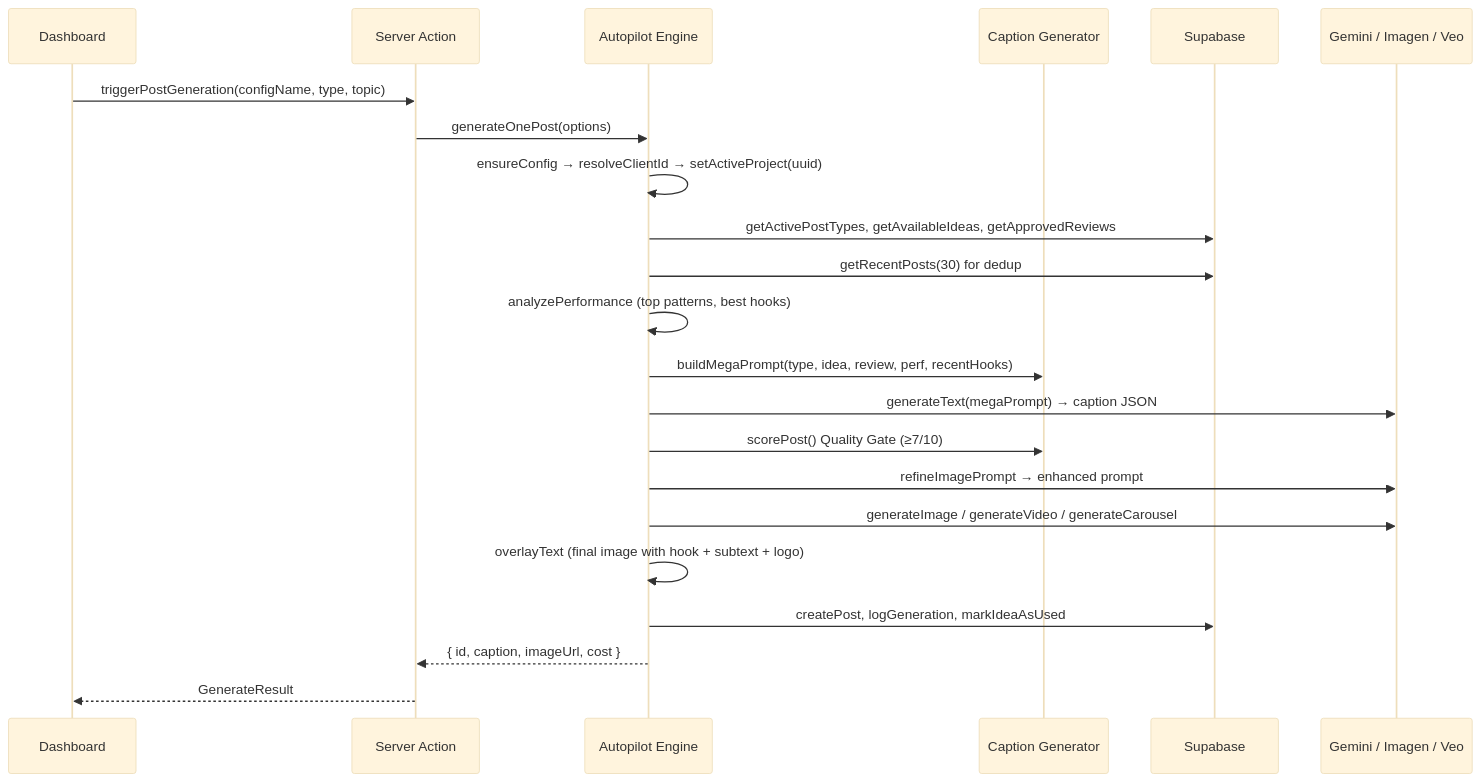
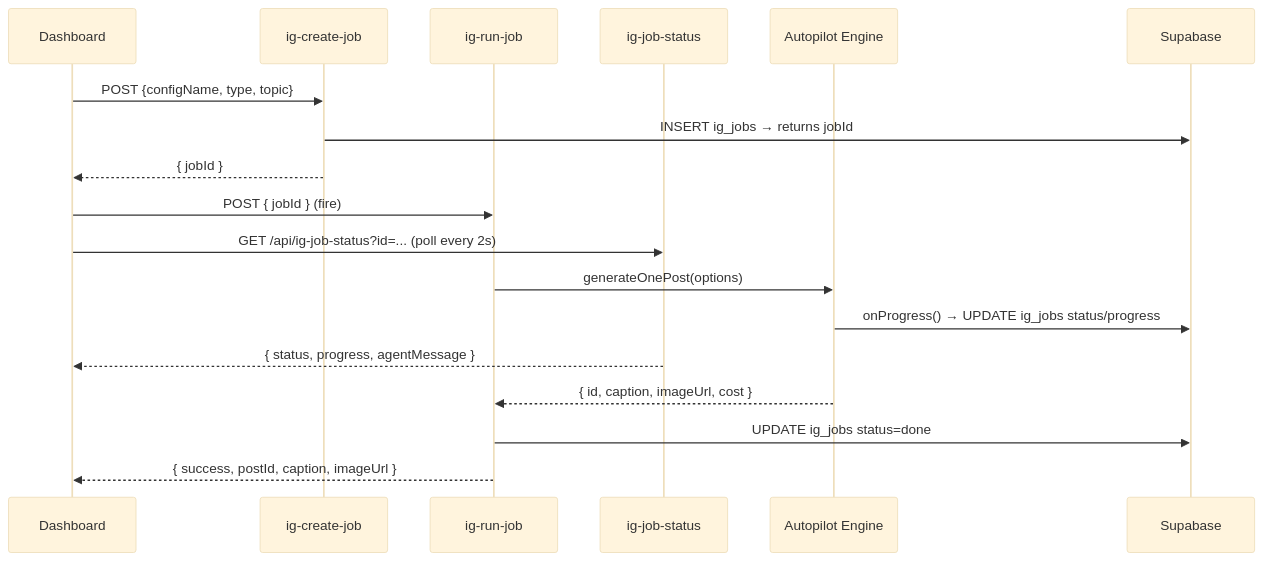
The second of 2 diagrams in docs/SYSTEM_KNOWLEDGE_BASE.md (pocivnoci/prodamevas), drawn with Mermaid (base theme) before and after one commit. The commit also changed other lines of this file and 1 other file, not shown here.

First line of the commit message:
docs: rewrite SYSTEM_KNOWLEDGE_BASE + AI_AGENT_KNOWLEDGE_BASE to v3.0

````diff
--- a/docs/SYSTEM_KNOWLEDGE_BASE.md
+++ b/docs/SYSTEM_KNOWLEDGE_BASE.md
@@ -105,25 +90,21 @@
 ```mermaid
 sequenceDiagram
     participant UI as Dashboard
-    participant SA as Server Action
+    participant CJ as ig-create-job
+    participant RJ as ig-run-job
+    participant JS as ig-job-status
     participant AP as Autopilot Engine
-    participant CG as Caption Generator
     participant DB as Supabase
-    participant AI as Gemini / Imagen / Veo
 
-    UI->>SA: triggerPostGeneration(configName, type, topic)
-    SA->>AP: generateOnePost(options)
-    AP->>AP: ensureConfig → resolveClientId → setActiveProject(uuid)
-    AP->>DB: getActivePostTypes, getAvailableIdeas, getApprovedReviews
-    AP->>DB: getRecentPosts(30) for dedup
-    AP->>AP: analyzePerformance (top patterns, best hooks)
-    AP->>CG: buildMegaPrompt(type, idea, review, perf, recentHooks)
-    AP->>AI: generateText(megaPrompt) → caption JSON
-    AP->>CG: scorePost() Quality Gate (≥7/10)
-    AP->>AI: refineImagePrompt → enhanced prompt
-    AP->>AI: generateImage / generateVideo / generateCarousel
-    AP->>AP: overlayText (final image with hook + subtext + logo)
-    AP->>DB: createPost, logGeneration, markIdeaAsUsed
-    AP-->>SA: { id, caption, imageUrl, cost }
-    SA-->>UI: GenerateResult
+    UI->>CJ: POST {configName, type, topic}
+    CJ->>DB: INSERT ig_jobs → returns jobId
+    CJ-->>UI: { jobId }
+    UI->>RJ: POST { jobId } (fire)
+    UI->>JS: GET /api/ig-job-status?id=... (poll every 2s)
+    RJ->>AP: generateOnePost(options)
+    AP->>DB: onProgress() → UPDATE ig_jobs status/progress
+    JS-->>UI: { status, progress, agentMessage }
+    AP-->>RJ: { id, caption, imageUrl, cost }
+    RJ->>DB: UPDATE ig_jobs status=done
+    RJ-->>UI: { success, postId, caption, imageUrl }
 ```
````
